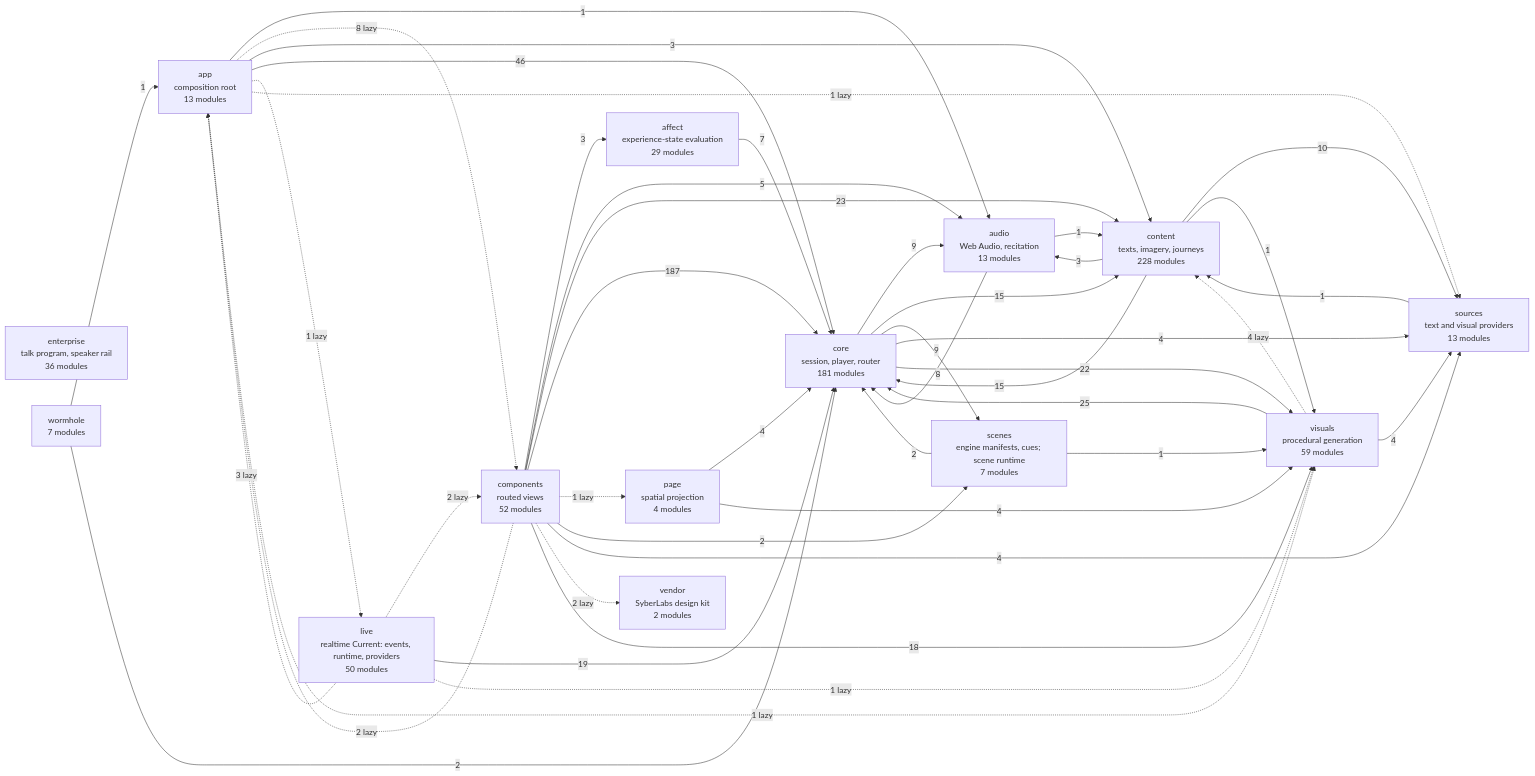
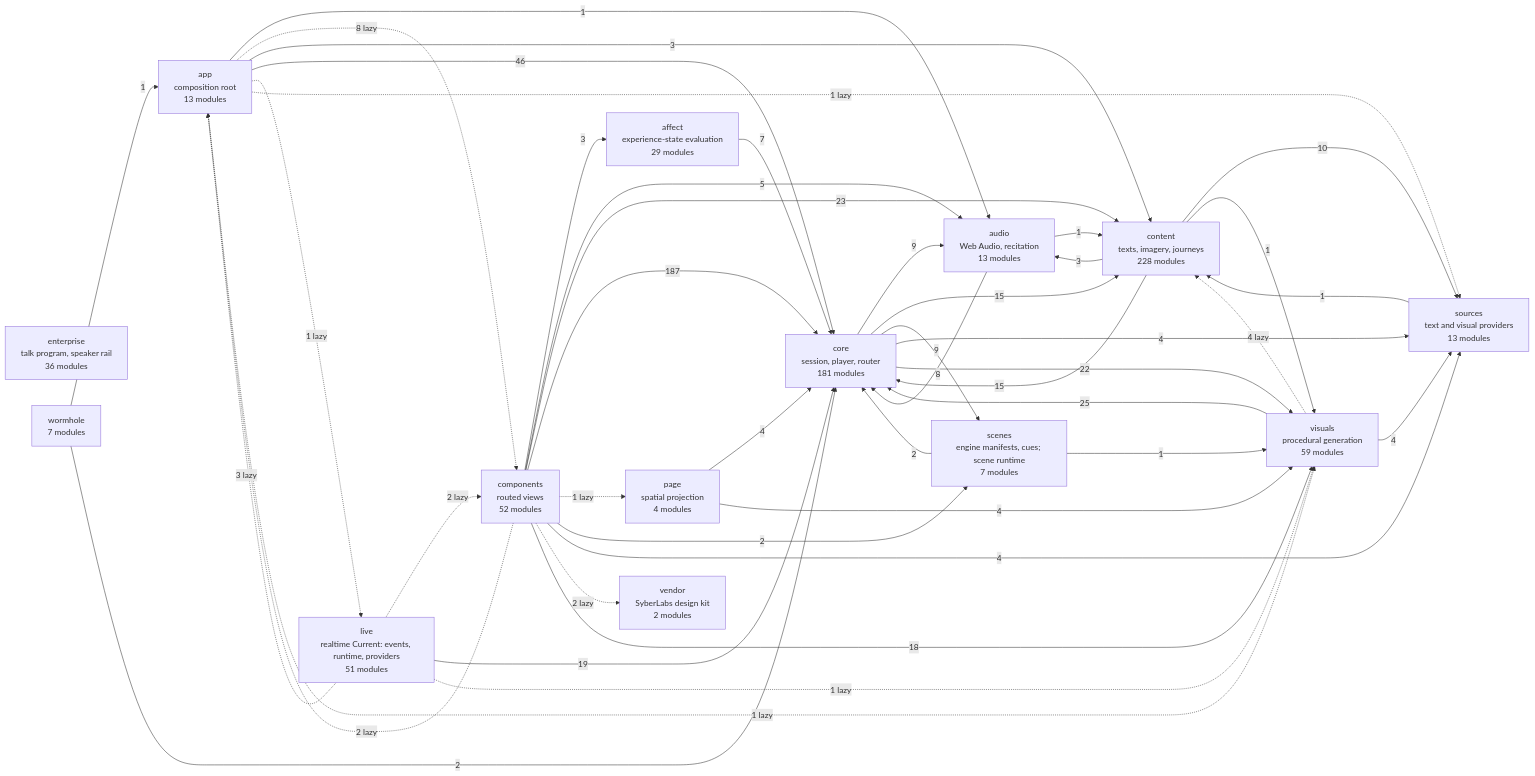
One commit to SyberLabs/RISE changed the diagram in docs/specs/ARCHITECTURE.md. Above: the diagram before and after it, drawn with Mermaid.

Commit message:
The diagram counts the voice trace

````diff
--- a/docs/specs/ARCHITECTURE.md
+++ b/docs/specs/ARCHITECTURE.md
@@ -154,61 +154,61 @@
 ```mermaid
 flowchart LR
     affect["affect<br/>experience-state evaluation<br/>29 modules"]
     app["app<br/>composition root<br/>13 modules"]
     audio["audio<br/>Web Audio, recitation<br/>13 modules"]
     components["components<br/>routed views<br/>52 modules"]
     content["content<br/>texts, imagery, journeys<br/>228 modules"]
     core["core<br/>session, player, router<br/>181 modules"]
     enterprise["enterprise<br/>talk program, speaker rail<br/>36 modules"]
-    live["live<br/>realtime Current: events, runtime, providers<br/>50 modules"]
+    live["live<br/>realtime Current: events, runtime, providers<br/>51 modules"]
     page["page<br/>spatial projection<br/>4 modules"]
     scenes["scenes<br/>engine manifests, cues; scene runtime<br/>7 modules"]
     sources["sources<br/>text and visual providers<br/>13 modules"]
     vendor["vendor<br/>SyberLabs design kit<br/>2 modules"]
     visuals["visuals<br/>procedural generation<br/>59 modules"]
     wormhole["wormhole<br/>7 modules"]
 
     affect --> |7| core
     app --> |1| audio
     app -.-> |8 lazy| components
     app --> |3| content
     app --> |46| core
     app -.-> |1 lazy| live
     app -.-> |1 lazy| sources
     app -.-> |1 lazy| visuals
     audio --> |1| content
     audio --> |8| core
     components --> |3| affect
     components -.-> |2 lazy| app
     components --> |5| audio
     components --> |23| content
     components --> |187| core
     components -.-> |1 lazy| page
     components --> |2| scenes
     components --> |4| sources
     components -.-> |2 lazy| vendor
     components --> |18| visuals
     content --> |3| audio
     content --> |15| core
     content --> |10| sources
     content --> |1| visuals
     core --> |9| audio
     core --> |15| content
     core --> |9| scenes
     core --> |4| sources
     core --> |22| visuals
     live -.-> |3 lazy| app
     live -.-> |2 lazy| components
     live --> |19| core
     live -.-> |1 lazy| visuals
     page --> |4| core
     page --> |4| visuals
     scenes --> |2| core
     scenes --> |1| visuals
     sources --> |1| content
     visuals -.-> |4 lazy| content
     visuals --> |25| core
     visuals --> |4| sources
     wormhole --> |1| app
     wormhole --> |2| core
 ```
````
